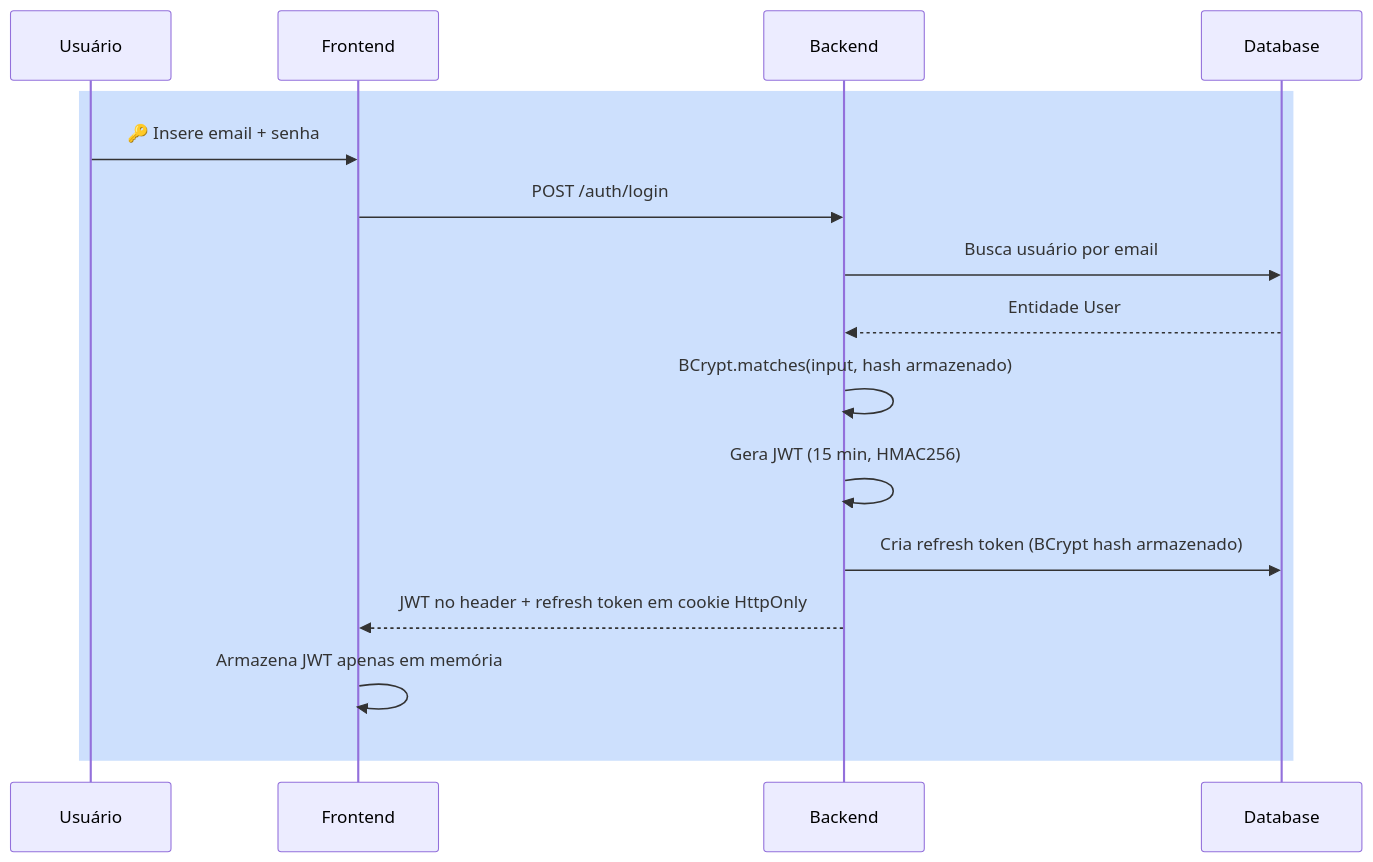
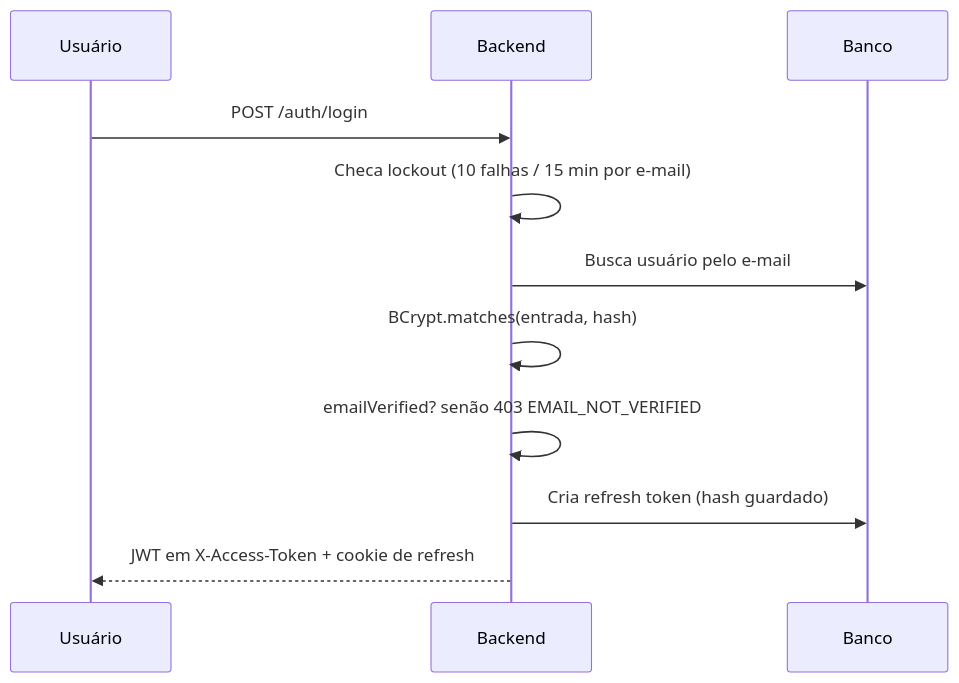
One commit to AndDev741/Beyou-arch-design changed the second of 3 diagrams in architecture/security/pt.md. Above: the diagram before and after it, drawn with Mermaid. The commit also changed other lines of this file and 3 other files, not shown here.

First line of the commit message:
docs(architecture): rewrite the security topic against the real surface

````diff
--- a/architecture/security/pt.md
+++ b/architecture/security/pt.md
@@ -62,19 +70,14 @@
 ```mermaid
 sequenceDiagram
   participant U as Usuário
-  participant FE as Frontend
   participant BE as Backend
-  participant DB as Database
+  participant DB as Banco
 
-  rect rgba(59, 130, 246, 0.25)
-  U->>FE: 🔑 Insere email + senha
-  FE->>BE: POST /auth/login
-  BE->>DB: Busca usuário por email
-  DB-->>BE: Entidade User
-  BE->>BE: BCrypt.matches(input, hash armazenado)
-  BE->>BE: Gera JWT (15 min, HMAC256)
-  BE->>DB: Cria refresh token (BCrypt hash armazenado)
-  BE-->>FE: JWT no header + refresh token em cookie HttpOnly
-  FE->>FE: Armazena JWT apenas em memória
-  end
+  U->>BE: POST /auth/login
+  BE->>BE: Checa lockout (10 falhas / 15 min por e-mail)
+  BE->>DB: Busca usuário pelo e-mail
+  BE->>BE: BCrypt.matches(entrada, hash)
+  BE->>BE: emailVerified? senão 403 EMAIL_NOT_VERIFIED
+  BE->>DB: Cria refresh token (hash guardado)
+  BE-->>U: JWT em X-Access-Token + cookie de refresh
 ```
````
